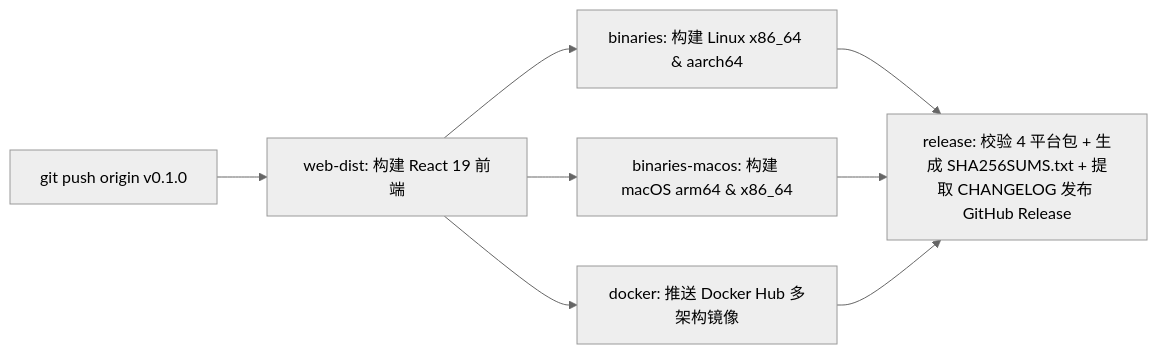
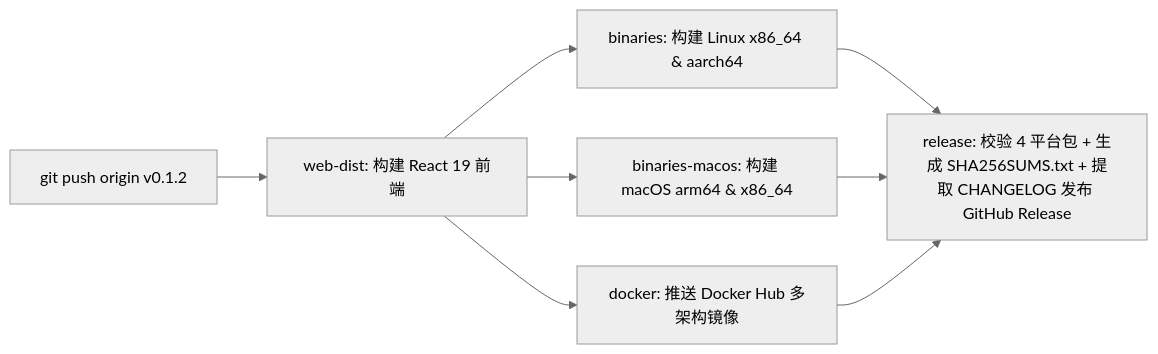
One commit to ElleryHe/FeedCourier changed the diagram in docs/zh/reference/releasing.md. Above: the diagram before and after it, drawn with Mermaid (neutral theme). The commit also changed other lines of this file and 57 other files, not shown here.

````diff
--- a/docs/zh/reference/releasing.md
+++ b/docs/zh/reference/releasing.md
@@ -31,8 +31,8 @@
 ```mermaid
 flowchart LR
-    Tag["git push origin v0.1.0"] --> Web["web-dist: 构建 React 19 前端"]
+    Tag["git push origin v0.1.2"] --> Web["web-dist: 构建 React 19 前端"]
     Web --> Linux["binaries: 构建 Linux x86_64 & aarch64"]
     Web --> Mac["binaries-macos: 构建 macOS arm64 & x86_64"]
     Web --> Docker["docker: 推送 Docker Hub 多架构镜像"]
     Linux & Mac & Docker --> Rel["release: 校验 4 平台包 + 生成 SHA256SUMS.txt + 提取 CHANGELOG 发布 GitHub Release"]
 ```
````
